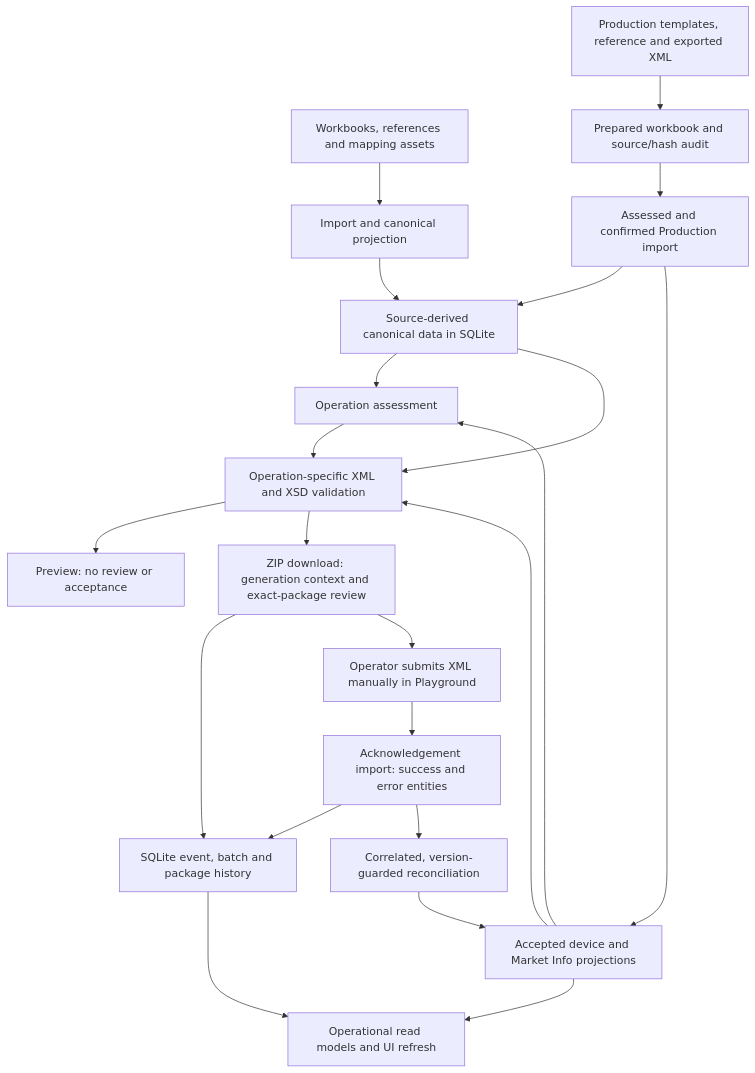
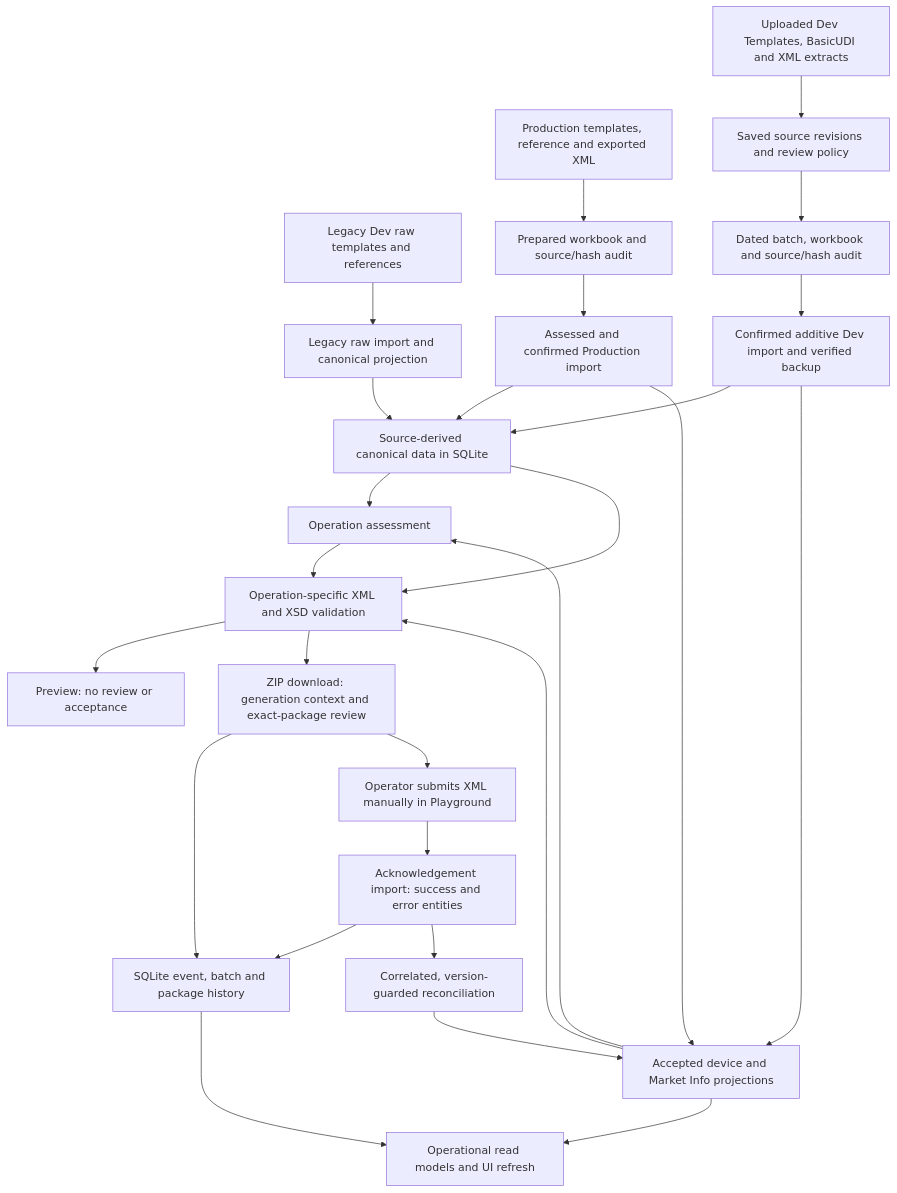
One commit to fcbogle/EUDAMED-Loader changed the diagram in docs/architecture-definition-draft.md. Above: the diagram before and after it, drawn with Mermaid. The commit also changed other lines of this file and 31 other files, not shown here.

````diff
--- a/docs/architecture-definition-draft.md
+++ b/docs/architecture-definition-draft.md
@@ -78,24 +78,29 @@
 ```mermaid
 flowchart TD
-    Files["Workbooks, references and mapping assets"] --> Import["Import and canonical projection"]
+    Files["Legacy Dev raw templates and references"] --> Import["Legacy raw import and canonical projection"]
     Import --> Proposed["Source-derived canonical data in SQLite"]
     Exports["Production templates, reference and exported XML"] --> Preparation["Prepared workbook and source/hash audit"]
     Preparation --> ProdImport["Assessed and confirmed Production import"]
     ProdImport --> Proposed
     ProdImport --> Accepted
+    DevFiles["Uploaded Dev Templates, BasicUDI and XML extracts"] --> Review["Saved source revisions and review policy"]
+    Review --> DevWorkbook["Dated batch, workbook and source/hash audit"]
+    DevWorkbook --> DevImport["Confirmed additive Dev import and verified backup"]
+    DevImport --> Proposed
+    DevImport --> Accepted
     Proposed --> Assess["Operation assessment"]
     Accepted["Accepted device and Market Info projections"] --> Assess
     Proposed --> Generate["Operation-specific XML and XSD validation"]
     Assess --> Generate
     Accepted --> Generate
     Generate --> Preview["Preview: no review or acceptance"]
     Generate --> Download["ZIP download: generation context and exact-package review"]
     Download --> History["SQLite event, batch and package history"]
     Download --> Operator["Operator submits XML manually in Playground"]
     Operator --> Ack["Acknowledgement import: success and error entities"]
     Ack --> History
     Ack --> Reconcile["Correlated, version-guarded reconciliation"]
     Reconcile --> Accepted
     Accepted --> ReadModel["Operational read models and UI refresh"]
     History --> ReadModel
 ```
````
